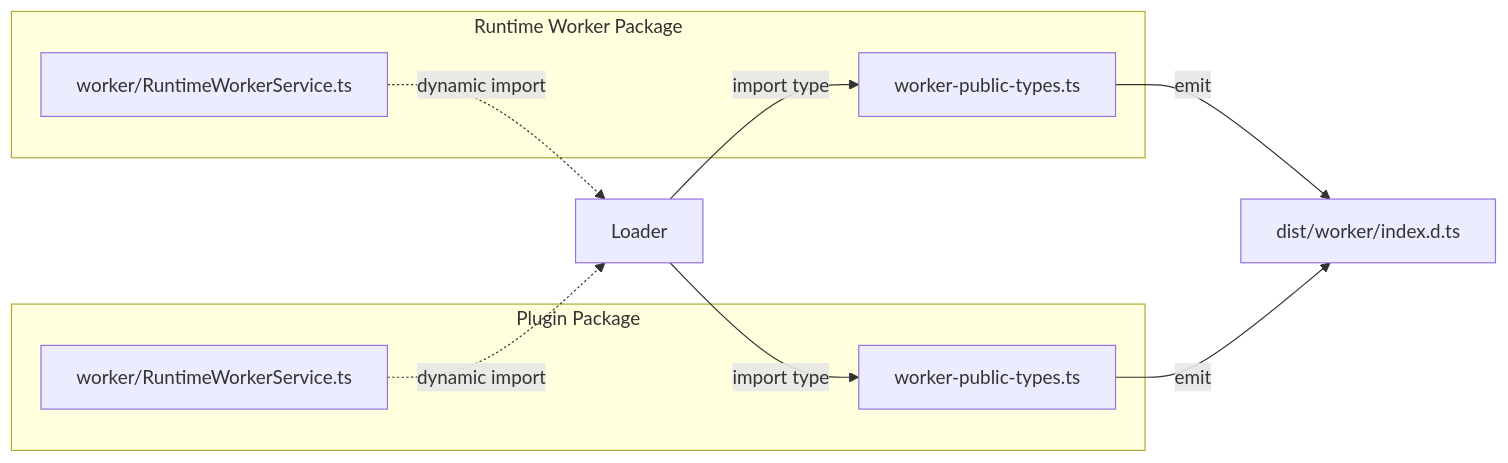
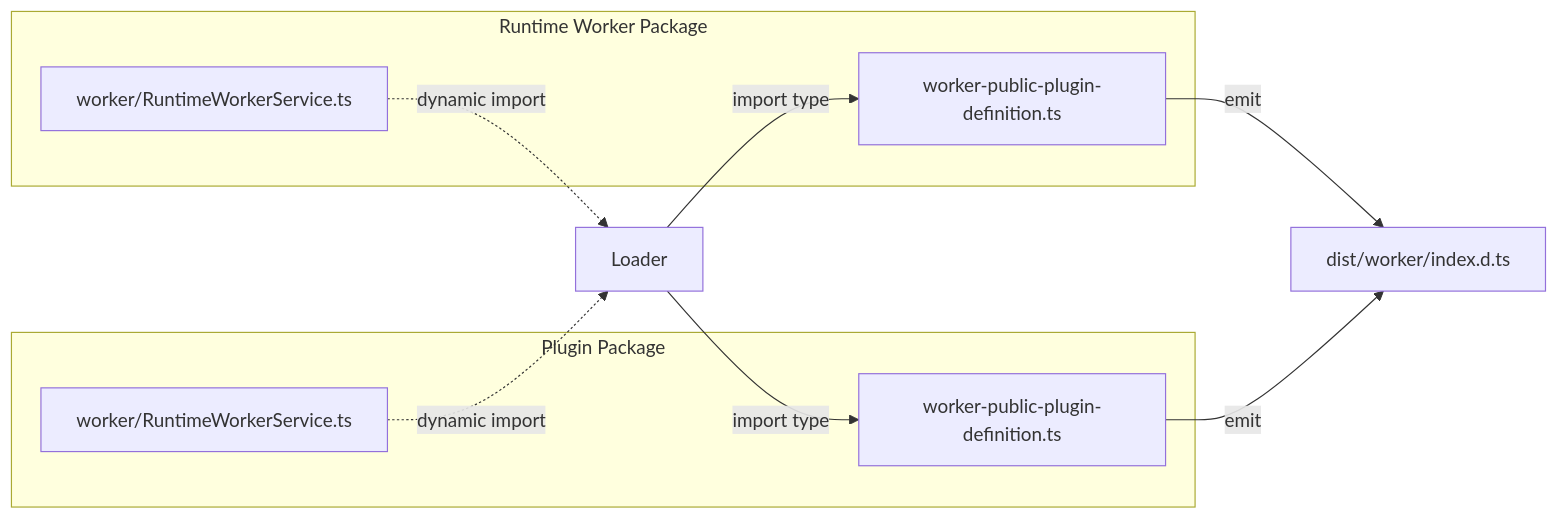
One commit to kubohiroya/hierarchidb changed the sixth of 7 diagrams in docs/design/worker-dynamic-import-architecture.md. Above: the diagram before and after it, drawn with Mermaid. The commit also changed other lines of this file and 1327 other files, not shown here.

````diff
--- a/docs/design/worker-dynamic-import-architecture.md
+++ b/docs/design/worker-dynamic-import-architecture.md
@@ -245,17 +245,17 @@
 ```mermaid
 flowchart LR
     subgraph Runtime Worker Package
-        runtimeTypes[worker-public-types.ts]
+        runtimeTypes[worker-public-plugin-definition.ts]
         runtimeImpl[worker/RuntimeWorkerService.ts]
     end
     subgraph Plugin Package
-        pluginTypes[worker-public-types.ts]
+        pluginTypes[worker-public-plugin-definition.ts]
         pluginImpl[worker/RuntimeWorkerService.ts]
     end
     runtimeTypes -->|emit| dist/worker/index.d.ts
     pluginTypes -->|emit| dist/worker/index.d.ts
     runtimeImpl -. dynamic import .-> Loader
     pluginImpl -. dynamic import .-> Loader
     Loader -->|import type| runtimeTypes
     Loader -->|import type| pluginTypes
 ```
````
